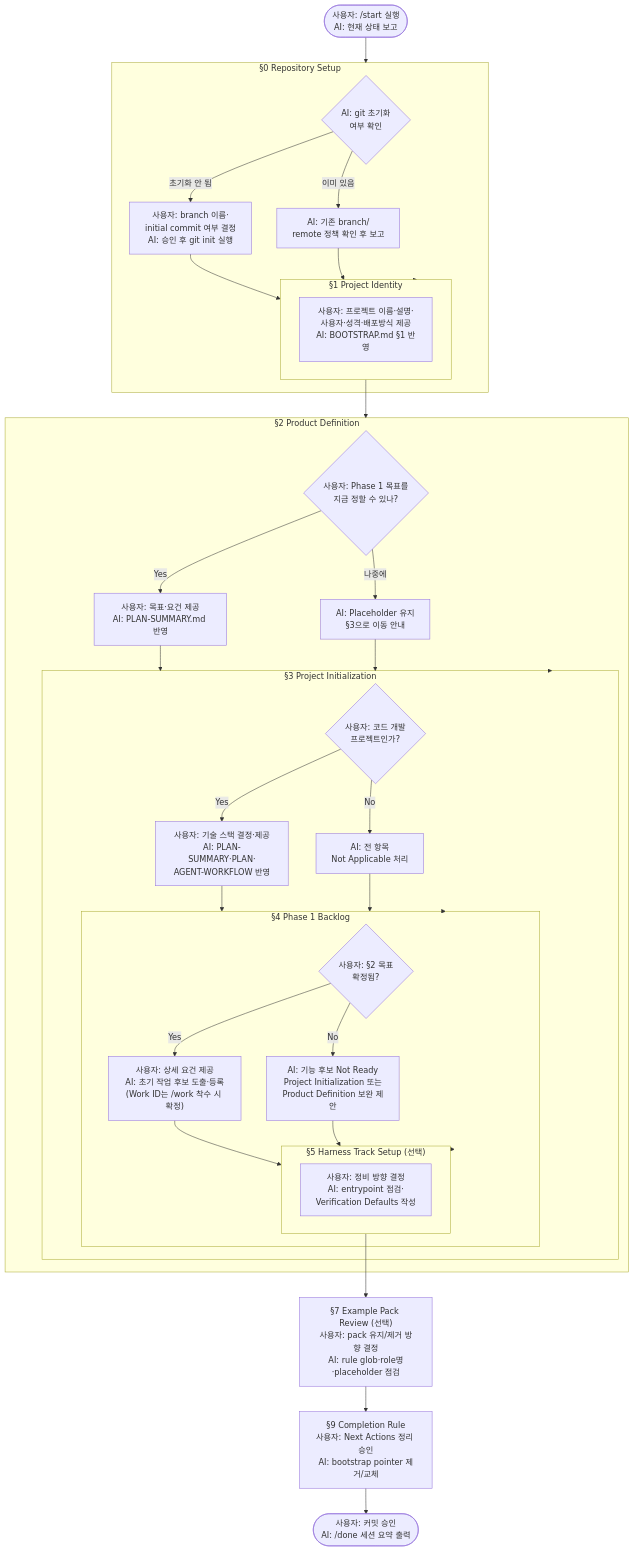
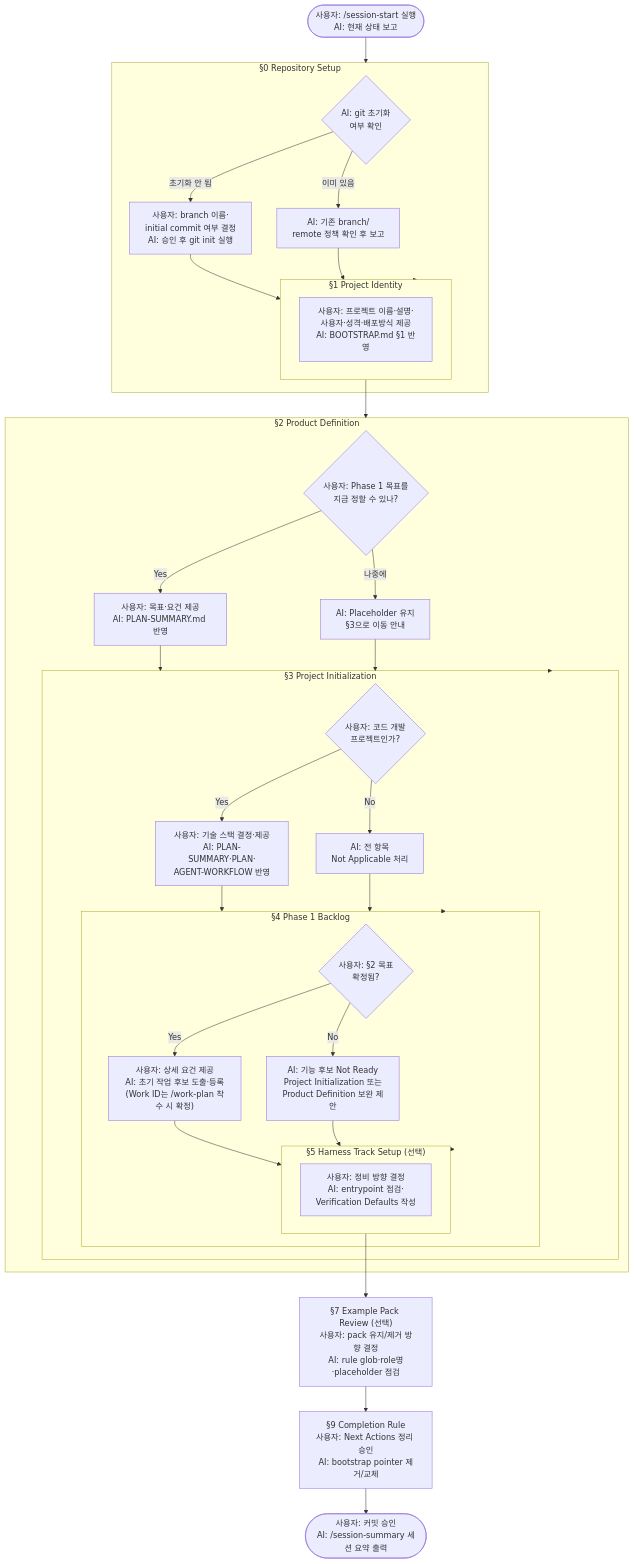
The diagram in docs/SCAFFOLD-ONBOARDING-GUIDE.md (kyungseo/ai-workflow-harness), drawn with Mermaid before and after one commit. The commit also changed other lines of this file and 83 other files, not shown here.

````diff
--- a/docs/SCAFFOLD-ONBOARDING-GUIDE.md
+++ b/docs/SCAFFOLD-ONBOARDING-GUIDE.md
@@ -213,49 +213,49 @@
 ```mermaid
 flowchart TD
-    START(["사용자: /start 실행\nAI: 현재 상태 보고"]) --> S0
+    START(["사용자: /session-start 실행\nAI: 현재 상태 보고"]) --> S0
 
     subgraph S0["§0 Repository Setup"]
         G1{"AI: git 초기화\n여부 확인"}
         G1 -- "초기화 안 됨" --> G2["사용자: branch 이름·\ninitial commit 여부 결정\nAI: 승인 후 git init 실행"]
         G1 -- "이미 있음" --> G3["AI: 기존 branch/\nremote 정책 확인 후 보고"]
         G2 --> S1
         G3 --> S1
     end
 
     subgraph S1["§1 Project Identity"]
         I1["사용자: 프로젝트 이름·설명·\n사용자·성격·배포방식 제공\nAI: BOOTSTRAP.md §1 반영"]
     end
 
     subgraph S2["§2 Product Definition"]
         P1{"사용자: Phase 1 목표를\n지금 정할 수 있나?"}
         P1 -- "Yes" --> P2["사용자: 목표·요건 제공\nAI: PLAN-SUMMARY.md 반영"]
         P1 -- "나중에" --> P3["AI: Placeholder 유지\n§3으로 이동 안내"]
         P2 --> S3
         P3 --> S3
     end
 
     subgraph S3["§3 Project Initialization"]
         C1{"사용자: 코드 개발\n프로젝트인가?"}
         C1 -- "Yes" --> C2["사용자: 기술 스택 결정·제공\nAI: PLAN-SUMMARY·PLAN·\nAGENT-WORKFLOW 반영"]
         C1 -- "No" --> C3["AI: 전 항목\nNot Applicable 처리"]
         C2 --> S4
         C3 --> S4
     end
 
     subgraph S4["§4 Phase 1 Backlog"]
         B1{"사용자: §2 목표\n확정됨?"}
-        B1 -- "Yes" --> B2["사용자: 상세 요건 제공\nAI: 초기 작업 후보 도출·등록\n(Work ID는 /work 착수 시 확정)"]
+        B1 -- "Yes" --> B2["사용자: 상세 요건 제공\nAI: 초기 작업 후보 도출·등록\n(Work ID는 /work-plan 착수 시 확정)"]
         B1 -- "No" --> B3["AI: 기능 후보 Not Ready\nProject Initialization 또는\nProduct Definition 보완 제안"]
         B2 --> S5
         B3 --> S5
     end
 
     subgraph S5["§5 Harness Track Setup (선택)"]
         H1["사용자: 정비 방향 결정\nAI: entrypoint 점검·\nVerification Defaults 작성"]
     end
 
     S0 --> S1 --> S2 --> S3 --> S4 --> S5
     S5 --> S7["§7 Example Pack Review (선택)\n사용자: pack 유지/제거 방향 결정\nAI: rule glob·role명·placeholder 점검"]
     S7 --> S9["§9 Completion Rule\n사용자: Next Actions 정리 승인\nAI: bootstrap pointer 제거/교체"]
-    S9 --> DONE(["사용자: 커밋 승인\nAI: /done 세션 요약 출력"])
+    S9 --> DONE(["사용자: 커밋 승인\nAI: /session-summary 세션 요약 출력"])
 ```
````
